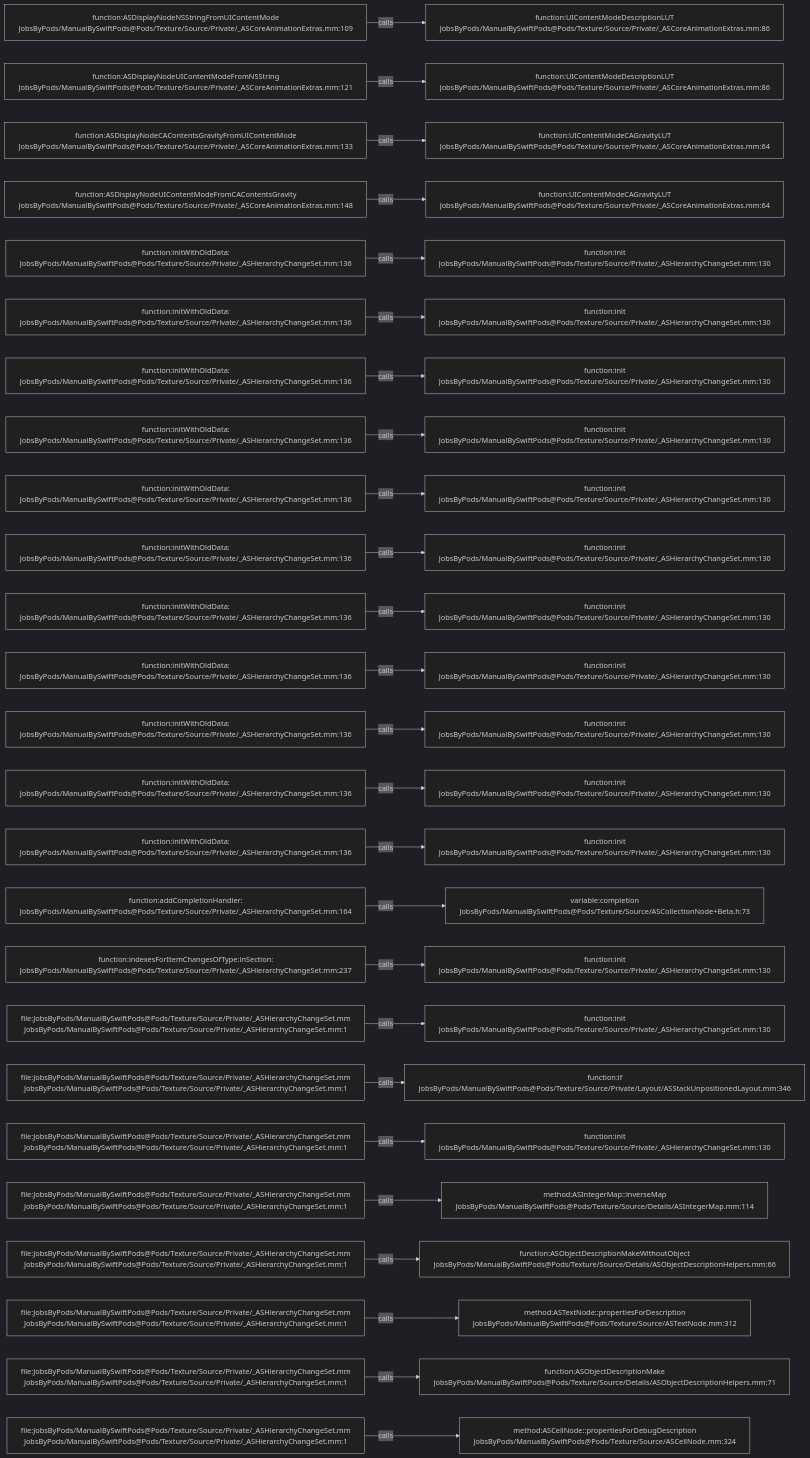
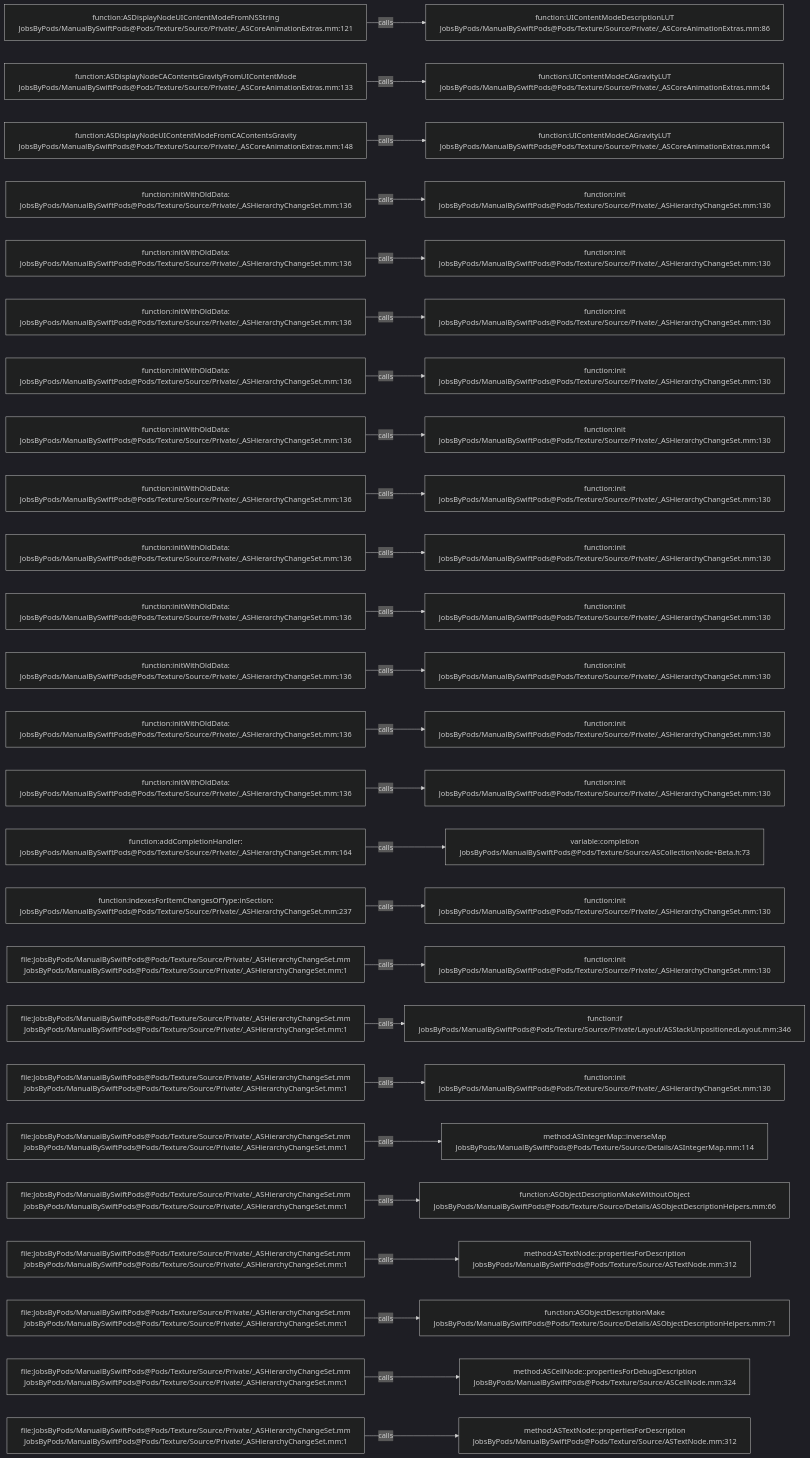
Before and after one commit to JobsKits/JobsSwiftBaseConfigDemo: the diagram in .codegraph/codegraph.md/graphs/calls-128.md, drawn with Mermaid (dark theme). The commit also changed 747 other files, not shown here.

````diff
--- a/.codegraph/codegraph.md/graphs/calls-128.md
+++ b/.codegraph/codegraph.md/graphs/calls-128.md
@@ -13,78 +13,78 @@
 ```mermaid
 flowchart LR
-  S1["function:ASDisplayNodeNSStringFromUIContentMode<br/>JobsByPods/ManualBySwiftPods@Pods/Texture/Source/Private/_ASCoreAnimationExtras.mm:109"]
+  S1["function:ASDisplayNodeUIContentModeFromNSString<br/>JobsByPods/ManualBySwiftPods@Pods/Texture/Source/Private/_ASCoreAnimationExtras.mm:121"]
   T1["function:UIContentModeDescriptionLUT<br/>JobsByPods/ManualBySwiftPods@Pods/Texture/Source/Private/_ASCoreAnimationExtras.mm:86"]
   S1 -->|calls| T1
-  S2["function:ASDisplayNodeUIContentModeFromNSString<br/>JobsByPods/ManualBySwiftPods@Pods/Texture/Source/Private/_ASCoreAnimationExtras.mm:121"]
-  T2["function:UIContentModeDescriptionLUT<br/>JobsByPods/ManualBySwiftPods@Pods/Texture/Source/Private/_ASCoreAnimationExtras.mm:86"]
+  S2["function:ASDisplayNodeCAContentsGravityFromUIContentMode<br/>JobsByPods/ManualBySwiftPods@Pods/Texture/Source/Private/_ASCoreAnimationExtras.mm:133"]
+  T2["function:UIContentModeCAGravityLUT<br/>JobsByPods/ManualBySwiftPods@Pods/Texture/Source/Private/_ASCoreAnimationExtras.mm:64"]
   S2 -->|calls| T2
-  S3["function:ASDisplayNodeCAContentsGravityFromUIContentMode<br/>JobsByPods/ManualBySwiftPods@Pods/Texture/Source/Private/_ASCoreAnimationExtras.mm:133"]
+  S3["function:ASDisplayNodeUIContentModeFromCAContentsGravity<br/>JobsByPods/ManualBySwiftPods@Pods/Texture/Source/Private/_ASCoreAnimationExtras.mm:148"]
   T3["function:UIContentModeCAGravityLUT<br/>JobsByPods/ManualBySwiftPods@Pods/Texture/Source/Private/_ASCoreAnimationExtras.mm:64"]
   S3 -->|calls| T3
-  S4["function:ASDisplayNodeUIContentModeFromCAContentsGravity<br/>JobsByPods/ManualBySwiftPods@Pods/Texture/Source/Private/_ASCoreAnimationExtras.mm:148"]
-  T4["function:UIContentModeCAGravityLUT<br/>JobsByPods/ManualBySwiftPods@Pods/Texture/Source/Private/_ASCoreAnimationExtras.mm:64"]
+  S4["function:initWithOldData:<br/>JobsByPods/ManualBySwiftPods@Pods/Texture/Source/Private/_ASHierarchyChangeSet.mm:136"]
+  T4["function:init<br/>JobsByPods/ManualBySwiftPods@Pods/Texture/Source/Private/_ASHierarchyChangeSet.mm:130"]
   S4 -->|calls| T4
   S5["function:initWithOldData:<br/>JobsByPods/ManualBySwiftPods@Pods/Texture/Source/Private/_ASHierarchyChangeSet.mm:136"]
   T5["function:init<br/>JobsByPods/ManualBySwiftPods@Pods/Texture/Source/Private/_ASHierarchyChangeSet.mm:130"]
   S5 -->|calls| T5
   S6["function:initWithOldData:<br/>JobsByPods/ManualBySwiftPods@Pods/Texture/Source/Private/_ASHierarchyChangeSet.mm:136"]
   T6["function:init<br/>JobsByPods/ManualBySwiftPods@Pods/Texture/Source/Private/_ASHierarchyChangeSet.mm:130"]
   S6 -->|calls| T6
   S7["function:initWithOldData:<br/>JobsByPods/ManualBySwiftPods@Pods/Texture/Source/Private/_ASHierarchyChangeSet.mm:136"]
   T7["function:init<br/>JobsByPods/ManualBySwiftPods@Pods/Texture/Source/Private/_ASHierarchyChangeSet.mm:130"]
   S7 -->|calls| T7
   S8["function:initWithOldData:<br/>JobsByPods/ManualBySwiftPods@Pods/Texture/Source/Private/_ASHierarchyChangeSet.mm:136"]
   T8["function:init<br/>JobsByPods/ManualBySwiftPods@Pods/Texture/Source/Private/_ASHierarchyChangeSet.mm:130"]
   S8 -->|calls| T8
   S9["function:initWithOldData:<br/>JobsByPods/ManualBySwiftPods@Pods/Texture/Source/Private/_ASHierarchyChangeSet.mm:136"]
   T9["function:init<br/>JobsByPods/ManualBySwiftPods@Pods/Texture/Source/Private/_ASHierarchyChangeSet.mm:130"]
   S9 -->|calls| T9
   S10["function:initWithOldData:<br/>JobsByPods/ManualBySwiftPods@Pods/Texture/Source/Private/_ASHierarchyChangeSet.mm:136"]
   T10["function:init<br/>JobsByPods/ManualBySwiftPods@Pods/Texture/Source/Private/_ASHierarchyChangeSet.mm:130"]
   S10 -->|calls| T10
   S11["function:initWithOldData:<br/>JobsByPods/ManualBySwiftPods@Pods/Texture/Source/Private/_ASHierarchyChangeSet.mm:136"]
   T11["function:init<br/>JobsByPods/ManualBySwiftPods@Pods/Texture/Source/Private/_ASHierarchyChangeSet.mm:130"]
   S11 -->|calls| T11
   S12["function:initWithOldData:<br/>JobsByPods/ManualBySwiftPods@Pods/Texture/Source/Private/_ASHierarchyChangeSet.mm:136"]
   T12["function:init<br/>JobsByPods/ManualBySwiftPods@Pods/Texture/Source/Private/_ASHierarchyChangeSet.mm:130"]
   S12 -->|calls| T12
   S13["function:initWithOldData:<br/>JobsByPods/ManualBySwiftPods@Pods/Texture/Source/Private/_ASHierarchyChangeSet.mm:136"]
   T13["function:init<br/>JobsByPods/ManualBySwiftPods@Pods/Texture/Source/Private/_ASHierarchyChangeSet.mm:130"]
   S13 -->|calls| T13
   S14["function:initWithOldData:<br/>JobsByPods/ManualBySwiftPods@Pods/Texture/Source/Private/_ASHierarchyChangeSet.mm:136"]
   T14["function:init<br/>JobsByPods/ManualBySwiftPods@Pods/Texture/Source/Private/_ASHierarchyChangeSet.mm:130"]
   S14 -->|calls| T14
-  S15["function:initWithOldData:<br/>JobsByPods/ManualBySwiftPods@Pods/Texture/Source/Private/_ASHierarchyChangeSet.mm:136"]
-  T15["function:init<br/>JobsByPods/ManualBySwiftPods@Pods/Texture/Source/Private/_ASHierarchyChangeSet.mm:130"]
+  S15["function:addCompletionHandler:<br/>JobsByPods/ManualBySwiftPods@Pods/Texture/Source/Private/_ASHierarchyChangeSet.mm:164"]
+  T15["variable:completion<br/>JobsByPods/ManualBySwiftPods@Pods/Texture/Source/ASCollectionNode+Beta.h:73"]
   S15 -->|calls| T15
-  S16["function:addCompletionHandler:<br/>JobsByPods/ManualBySwiftPods@Pods/Texture/Source/Private/_ASHierarchyChangeSet.mm:164"]
-  T16["variable:completion<br/>JobsByPods/ManualBySwiftPods@Pods/Texture/Source/ASCollectionNode+Beta.h:73"]
+  S16["function:indexesForItemChangesOfType:inSection:<br/>JobsByPods/ManualBySwiftPods@Pods/Texture/Source/Private/_ASHierarchyChangeSet.mm:237"]
+  T16["function:init<br/>JobsByPods/ManualBySwiftPods@Pods/Texture/Source/Private/_ASHierarchyChangeSet.mm:130"]
   S16 -->|calls| T16
-  S17["function:indexesForItemChangesOfType:inSection:<br/>JobsByPods/ManualBySwiftPods@Pods/Texture/Source/Private/_ASHierarchyChangeSet.mm:237"]
+  S17["file:JobsByPods/ManualBySwiftPods@Pods/Texture/Source/Private/_ASHierarchyChangeSet.mm<br/>JobsByPods/ManualBySwiftPods@Pods/Texture/Source/Private/_ASHierarchyChangeSet.mm:1"]
   T17["function:init<br/>JobsByPods/ManualBySwiftPods@Pods/Texture/Source/Private/_ASHierarchyChangeSet.mm:130"]
   S17 -->|calls| T17
   S18["file:JobsByPods/ManualBySwiftPods@Pods/Texture/Source/Private/_ASHierarchyChangeSet.mm<br/>JobsByPods/ManualBySwiftPods@Pods/Texture/Source/Private/_ASHierarchyChangeSet.mm:1"]
-  T18["function:init<br/>JobsByPods/ManualBySwiftPods@Pods/Texture/Source/Private/_ASHierarchyChangeSet.mm:130"]
+  T18["function:if<br/>JobsByPods/ManualBySwiftPods@Pods/Texture/Source/Private/Layout/ASStackUnpositionedLayout.mm:346"]
   S18 -->|calls| T18
   S19["file:JobsByPods/ManualBySwiftPods@Pods/Texture/Source/Private/_ASHierarchyChangeSet.mm<br/>JobsByPods/ManualBySwiftPods@Pods/Texture/Source/Private/_ASHierarchyChangeSet.mm:1"]
-  T19["function:if<br/>JobsByPods/ManualBySwiftPods@Pods/Texture/Source/Private/Layout/ASStackUnpositionedLayout.mm:346"]
+  T19["function:init<br/>JobsByPods/ManualBySwiftPods@Pods/Texture/Source/Private/_ASHierarchyChangeSet.mm:130"]
   S19 -->|calls| T19
   S20["file:JobsByPods/ManualBySwiftPods@Pods/Texture/Source/Private/_ASHierarchyChangeSet.mm<br/>JobsByPods/ManualBySwiftPods@Pods/Texture/Source/Private/_ASHierarchyChangeSet.mm:1"]
-  T20["function:init<br/>JobsByPods/ManualBySwiftPods@Pods/Texture/Source/Private/_ASHierarchyChangeSet.mm:130"]
+  T20["method:ASIntegerMap::inverseMap<br/>JobsByPods/ManualBySwiftPods@Pods/Texture/Source/Details/ASIntegerMap.mm:114"]
   S20 -->|calls| T20
   S21["file:JobsByPods/ManualBySwiftPods@Pods/Texture/Source/Private/_ASHierarchyChangeSet.mm<br/>JobsByPods/ManualBySwiftPods@Pods/Texture/Source/Private/_ASHierarchyChangeSet.mm:1"]
-  T21["method:ASIntegerMap::inverseMap<br/>JobsByPods/ManualBySwiftPods@Pods/Texture/Source/Details/ASIntegerMap.mm:114"]
+  T21["function:ASObjectDescriptionMakeWithoutObject<br/>JobsByPods/ManualBySwiftPods@Pods/Texture/Source/Details/ASObjectDescriptionHelpers.mm:66"]
   S21 -->|calls| T21
   S22["file:JobsByPods/ManualBySwiftPods@Pods/Texture/Source/Private/_ASHierarchyChangeSet.mm<br/>JobsByPods/ManualBySwiftPods@Pods/Texture/Source/Private/_ASHierarchyChangeSet.mm:1"]
-  T22["function:ASObjectDescriptionMakeWithoutObject<br/>JobsByPods/ManualBySwiftPods@Pods/Texture/Source/Details/ASObjectDescriptionHelpers.mm:66"]
+  T22["method:ASTextNode::propertiesForDescription<br/>JobsByPods/ManualBySwiftPods@Pods/Texture/Source/ASTextNode.mm:312"]
   S22 -->|calls| T22
   S23["file:JobsByPods/ManualBySwiftPods@Pods/Texture/Source/Private/_ASHierarchyChangeSet.mm<br/>JobsByPods/ManualBySwiftPods@Pods/Texture/Source/Private/_ASHierarchyChangeSet.mm:1"]
-  T23["method:ASTextNode::propertiesForDescription<br/>JobsByPods/ManualBySwiftPods@Pods/Texture/Source/ASTextNode.mm:312"]
+  T23["function:ASObjectDescriptionMake<br/>JobsByPods/ManualBySwiftPods@Pods/Texture/Source/Details/ASObjectDescriptionHelpers.mm:71"]
   S23 -->|calls| T23
   S24["file:JobsByPods/ManualBySwiftPods@Pods/Texture/Source/Private/_ASHierarchyChangeSet.mm<br/>JobsByPods/ManualBySwiftPods@Pods/Texture/Source/Private/_ASHierarchyChangeSet.mm:1"]
-  T24["function:ASObjectDescriptionMake<br/>JobsByPods/ManualBySwiftPods@Pods/Texture/Source/Details/ASObjectDescriptionHelpers.mm:71"]
+  T24["method:ASCellNode::propertiesForDebugDescription<br/>JobsByPods/ManualBySwiftPods@Pods/Texture/Source/ASCellNode.mm:324"]
   S24 -->|calls| T24
   S25["file:JobsByPods/ManualBySwiftPods@Pods/Texture/Source/Private/_ASHierarchyChangeSet.mm<br/>JobsByPods/ManualBySwiftPods@Pods/Texture/Source/Private/_ASHierarchyChangeSet.mm:1"]
-  T25["method:ASCellNode::propertiesForDebugDescription<br/>JobsByPods/ManualBySwiftPods@Pods/Texture/Source/ASCellNode.mm:324"]
+  T25["method:ASTextNode::propertiesForDescription<br/>JobsByPods/ManualBySwiftPods@Pods/Texture/Source/ASTextNode.mm:312"]
   S25 -->|calls| T25
 ```
````
